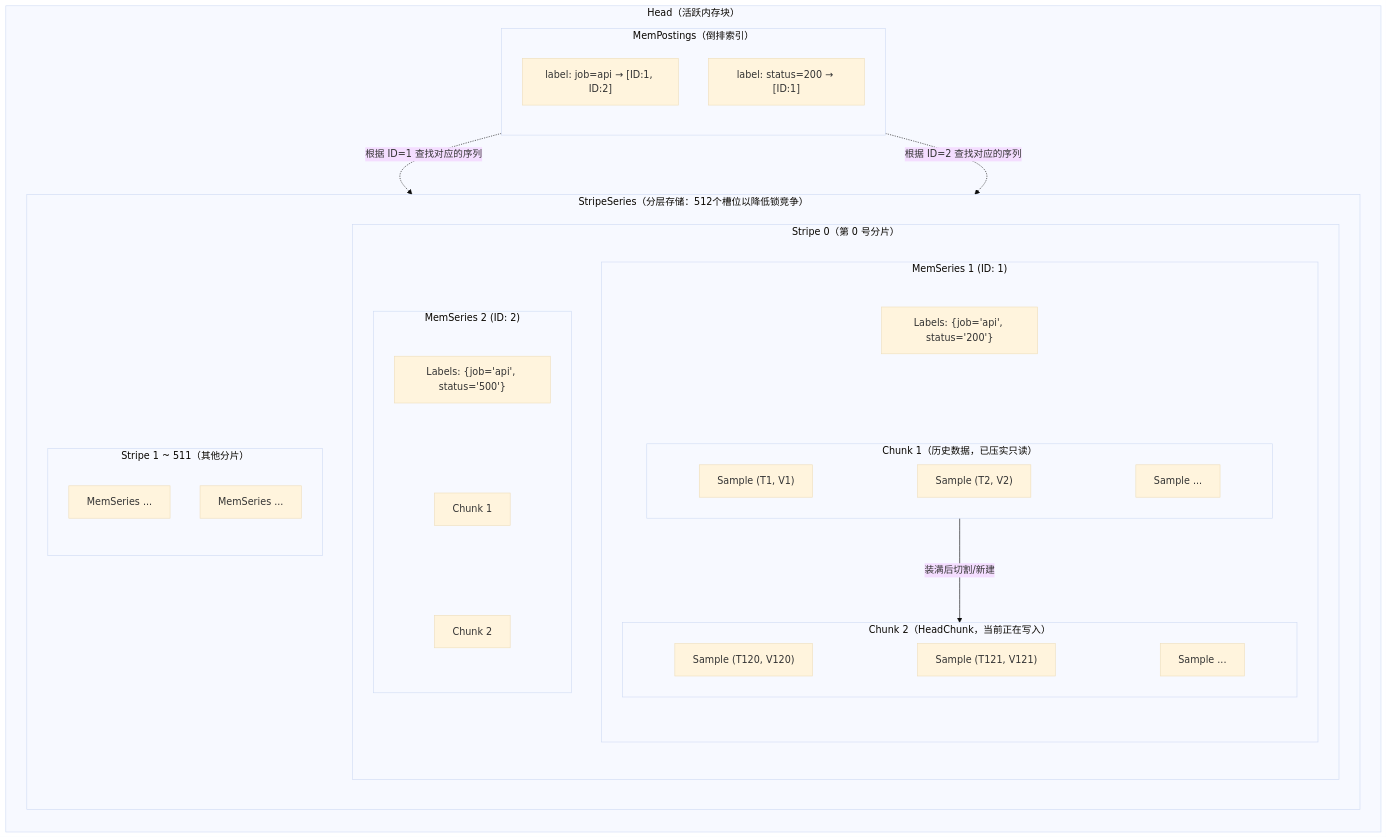
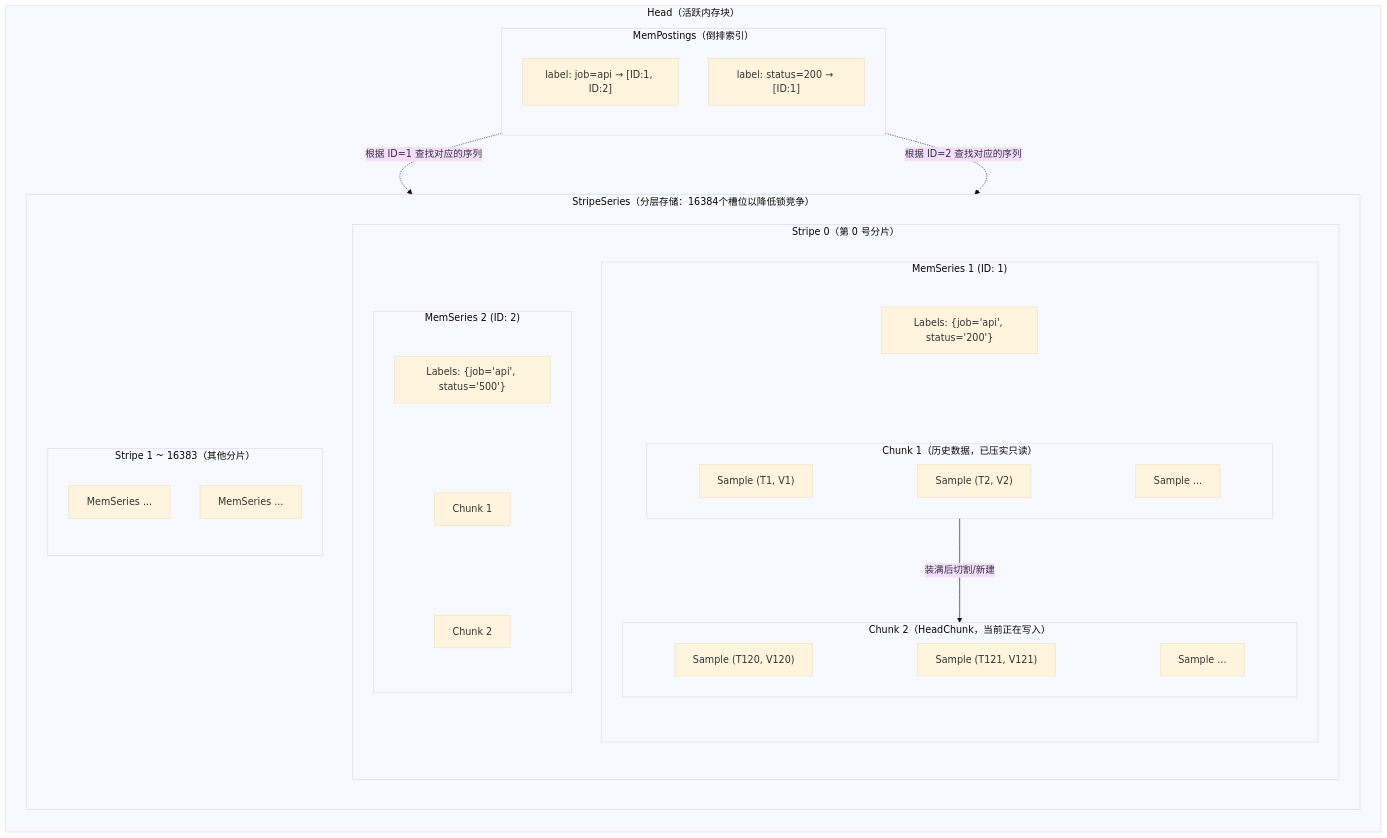
One commit to sq325/kikyo-blog changed the diagram in content/post/Prometheus数据库的内存部分/index.md. Above: the diagram before and after it, drawn with Mermaid (base theme). The commit also changed other lines of this file, not shown here.

````diff
--- a/content/post/Prometheus数据库的内存部分/index.md
+++ b/content/post/Prometheus数据库的内存部分/index.md
@@ -80,63 +80,63 @@
 ```mermaid
 flowchart TB
     subgraph HEAD["Head（活跃内存块）"]
         direction TB
 
         subgraph POSTINGS["MemPostings（倒排索引）"]
             direction TB
             P_L1["label: job=api → [ID:1, ID:2]"]
             P_L2["label: status=200 → [ID:1]"]
         end
 
-        subgraph STRIPESERIES["StripeSeries（分层存储：512个槽位以降低锁竞争）"]
+        subgraph STRIPESERIES["StripeSeries（分层存储：16384个槽位以降低锁竞争）"]
             direction TB
             
             subgraph STRIPE_0["Stripe 0（第 0 号分片）"]
                 direction TB
                 
                 subgraph MS_1["MemSeries 1 (ID: 1)"]
                     direction TB
                     LBL_1["Labels: {job='api', status='200'}"]
                     
                     subgraph CHUNK_1_1["Chunk 1（历史数据，已压实只读）"]
                         direction LR
                         S1_1["Sample (T1, V1)"]
                         S1_2["Sample (T2, V2)"]
                         S1_3["Sample ..."]
                         S1_1 ~~~ S1_2 ~~~ S1_3
                     end
                     
                     subgraph CHUNK_1_2["Chunk 2（HeadChunk，当前正在写入）"]
                         direction LR
                         S2_1["Sample (T120, V120)"]
                         S2_2["Sample (T121, V121)"]
                         S2_N["Sample ..."]
                         S2_1 ~~~ S2_2 ~~~ S2_N
                     end
                     
                     LBL_1 ~~~ CHUNK_1_1
                     CHUNK_1_1 -->|"装满后切割/新建"| CHUNK_1_2
                 end
 
                 subgraph MS_2["MemSeries 2 (ID: 2)"]
                     direction TB
                     LBL_2["Labels: {job='api', status='500'}"]
                     C2_1["Chunk 1"]
                     C2_2["Chunk 2"]
                     LBL_2 ~~~ C2_1 ~~~ C2_2
                 end
             end
             
-            subgraph STRIPE_N["Stripe 1 ~ 511（其他分片）"]
+            subgraph STRIPE_N["Stripe 1 ~ 16383（其他分片）"]
                 direction TB
                 MS_N1["MemSeries ..."]
                 MS_N2["MemSeries ..."]
             end
             
         end
     end
 
     %% 索引引用关系
     POSTINGS -.->|"根据 ID=1 查找对应的序列"| MS_1
     POSTINGS -.->|"根据 ID=2 查找对应的序列"| MS_2
 ```
````
